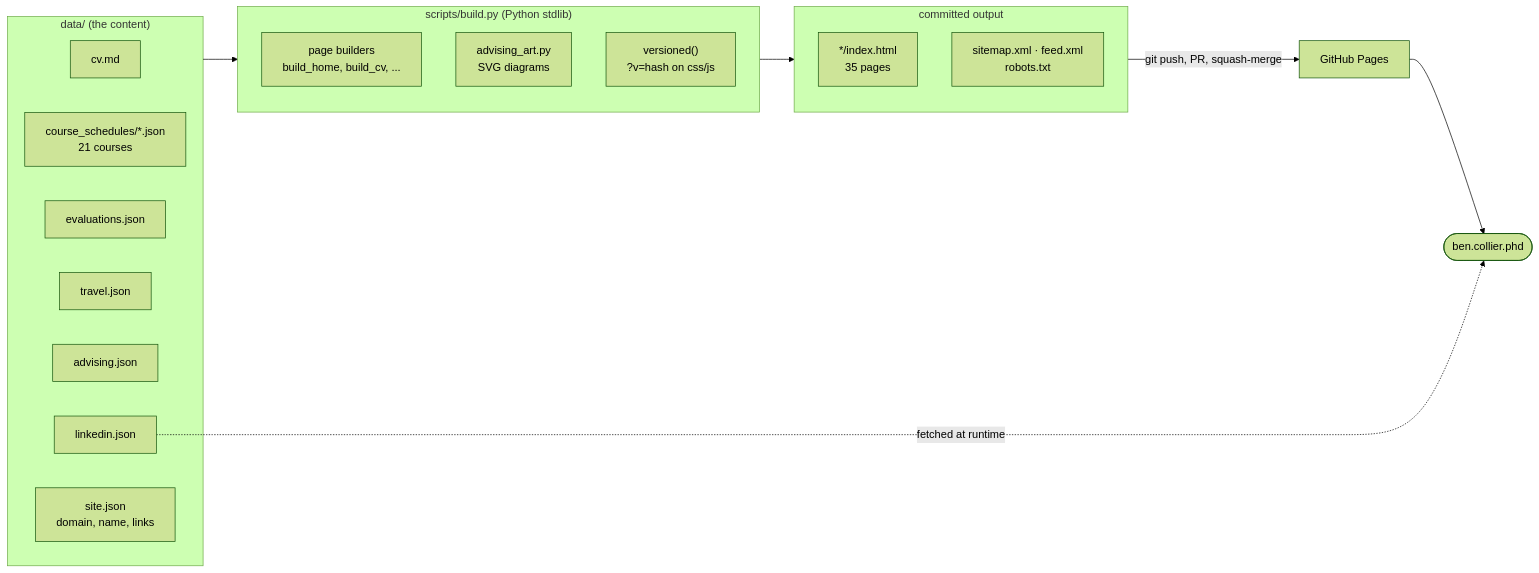
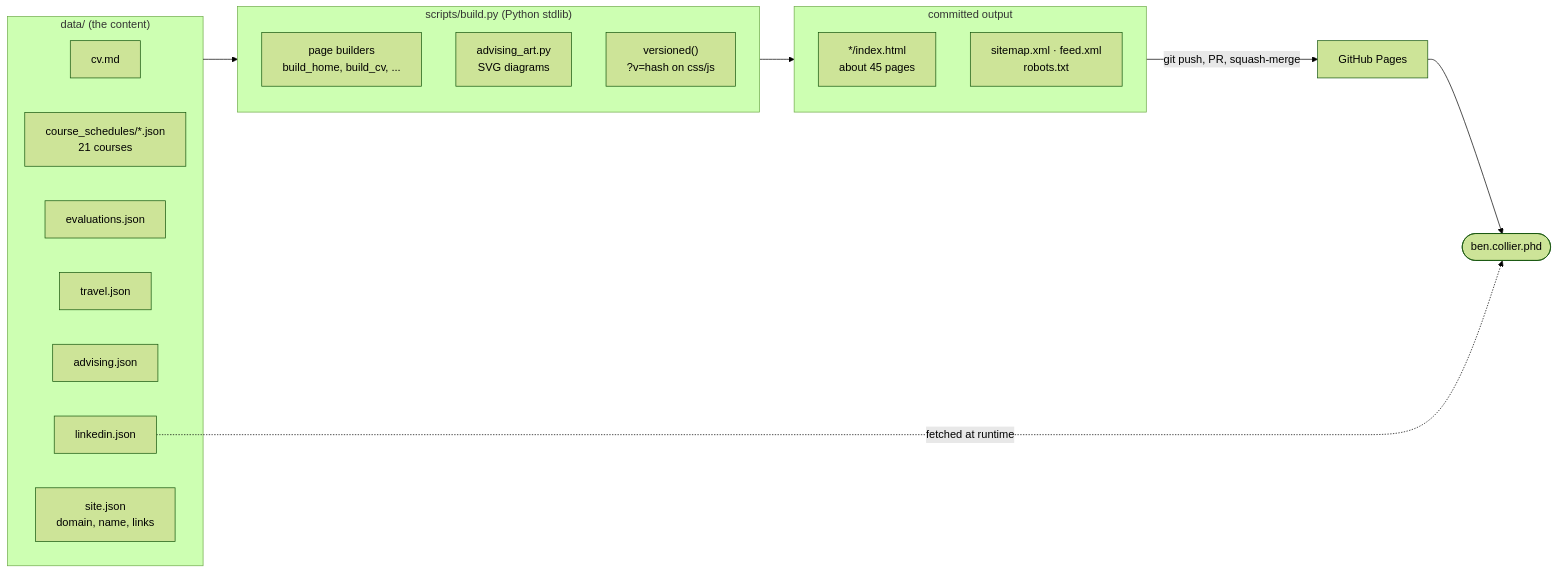
Before and after one commit to bcollier/ben.collier.phd: the first of 11 diagrams in README.md, drawn with Mermaid (forest theme). The commit also changed other lines of this file and 1 other file, not shown here.

First line of the commit message:
Refresh README: quick start, current pages, robot timings, related repos (#188)

````diff
--- a/README.md
+++ b/README.md
@@ -27,25 +37,25 @@
 ```mermaid
 flowchart LR
   subgraph data["data/ (the content)"]
     cv["cv.md"]
     sched["course_schedules/*.json<br/>21 courses"]
     evals["evaluations.json"]
     travel["travel.json"]
     adv["advising.json"]
     li["linkedin.json"]
     site["site.json<br/>domain, name, links"]
   end
   subgraph build["scripts/build.py (Python stdlib)"]
     pages["page builders<br/>build_home, build_cv, ..."]
     art["advising_art.py<br/>SVG diagrams"]
     ver["versioned()<br/>?v=hash on css/js"]
   end
   subgraph out["committed output"]
-    html["*/index.html<br/>35 pages"]
+    html["*/index.html<br/>about 45 pages"]
     xml["sitemap.xml · feed.xml<br/>robots.txt"]
   end
   data --> build --> out
   out -->|git push, PR, squash-merge| gh["GitHub Pages"]
   gh --> live(["ben.collier.phd"])
   li -. fetched at runtime .-> live
 ```
````
